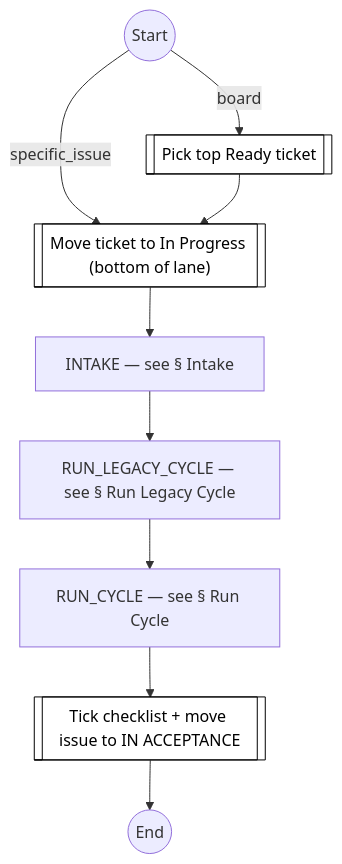
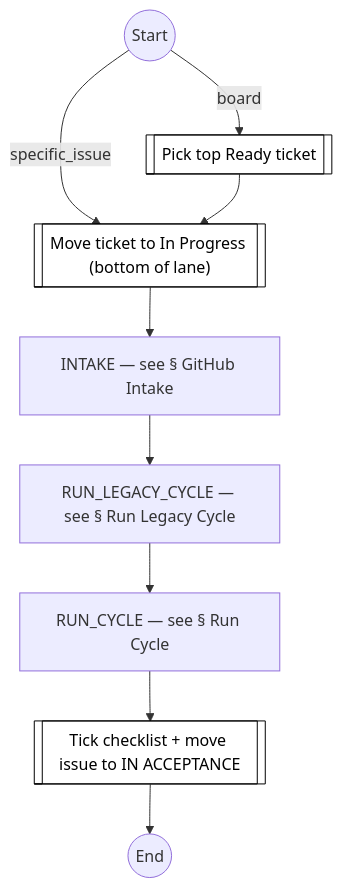
Before and after one commit to optivem/gh-optivem: the first of 12 diagrams in docs/process-diagram.md, drawn with Mermaid. The commit also changed other lines of this file and 12 other files, not shown here.

First line of the commit message:
atdd: collapse run_cycle to change_type, honest intake names, add flow outputs

````diff
--- a/docs/process-diagram.md
+++ b/docs/process-diagram.md
@@ -9,23 +9,23 @@
 ```mermaid
 flowchart TD
     END((End))
-    INTAKE[INTAKE — see § Intake]
+    INTAKE[INTAKE — see § GitHub Intake]
     MOVE_TO_IN_PROGRESS[["Move ticket to In Progress (bottom of lane)"]]
     PICK_TOP_READY[[Pick top Ready ticket]]
     RUN_CYCLE[RUN_CYCLE — see § Run Cycle]
     RUN_LEGACY_CYCLE[RUN_LEGACY_CYCLE — see § Run Legacy Cycle]
     START((Start))
     TICKET_IN_ACCEPTANCE[[Tick checklist + move issue to IN ACCEPTANCE]]
 
     START -- board --> PICK_TOP_READY
     START -- specific_issue --> MOVE_TO_IN_PROGRESS
     PICK_TOP_READY --> MOVE_TO_IN_PROGRESS
     MOVE_TO_IN_PROGRESS --> INTAKE
     INTAKE --> RUN_LEGACY_CYCLE
     RUN_LEGACY_CYCLE --> RUN_CYCLE
     RUN_CYCLE --> TICKET_IN_ACCEPTANCE
     TICKET_IN_ACCEPTANCE --> END
 
     classDef serviceNode fill:#ffffff,stroke:#000000,stroke-width:1px,color:#000000
     class MOVE_TO_IN_PROGRESS,PICK_TOP_READY,TICKET_IN_ACCEPTANCE serviceNode
 ```
````
